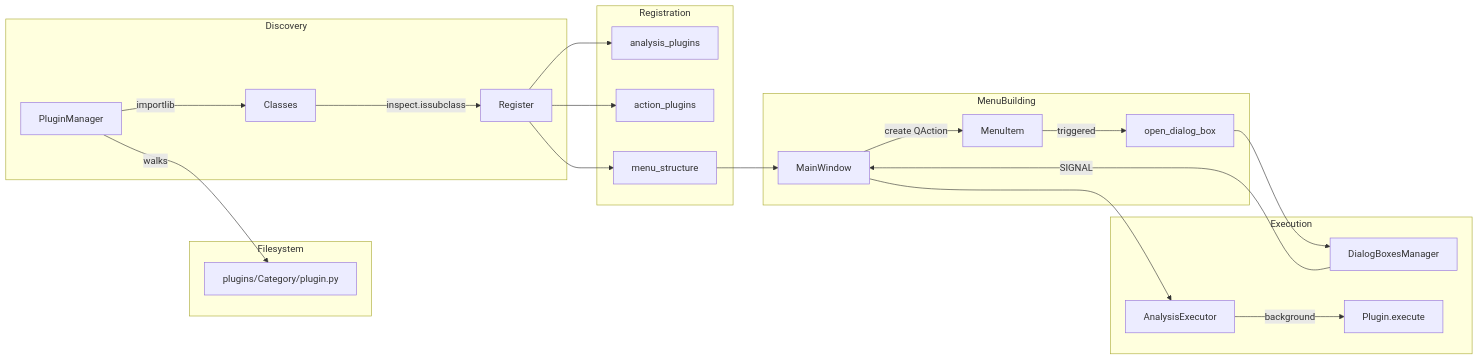
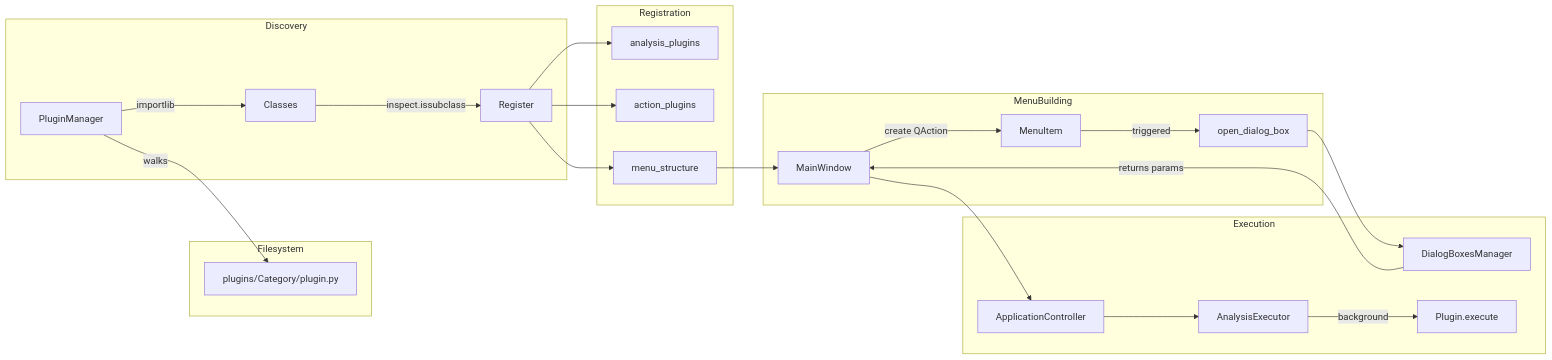
Before and after one commit to Sepehr-Sobhani-AU/SPCToolkit: the eighth of 8 diagrams in ARCHITECTURE.md, drawn with Mermaid. The commit also changed other lines of this file, not shown here.

First line of the commit message:
Fix 17 inaccuracies in ARCHITECTURE.md to match actual codebase

````diff
--- a/ARCHITECTURE.md
+++ b/ARCHITECTURE.md
@@ -442,32 +467,33 @@
 ```mermaid
 flowchart LR
     subgraph Filesystem
         PF[plugins/Category/plugin.py]
     end
 
     subgraph Discovery
         PM[PluginManager]
         PM -->|walks| PF
         PM -->|importlib| Classes
         Classes -->|inspect.issubclass| Register
     end
 
     subgraph Registration
         Register --> analysis_plugins
         Register --> action_plugins
         Register --> menu_structure
     end
 
     subgraph MenuBuilding
         menu_structure --> MainWindow
         MainWindow -->|create QAction| MenuItem
         MenuItem -->|triggered| open_dialog_box
     end
 
     subgraph Execution
         open_dialog_box --> DialogBoxesManager
-        DialogBoxesManager -->|SIGNAL| MainWindow
-        MainWindow --> AnalysisExecutor
+        DialogBoxesManager -->|returns params| MainWindow
+        MainWindow --> ApplicationController
+        ApplicationController --> AnalysisExecutor
         AnalysisExecutor -->|background| Plugin.execute
     end
 ```
````
